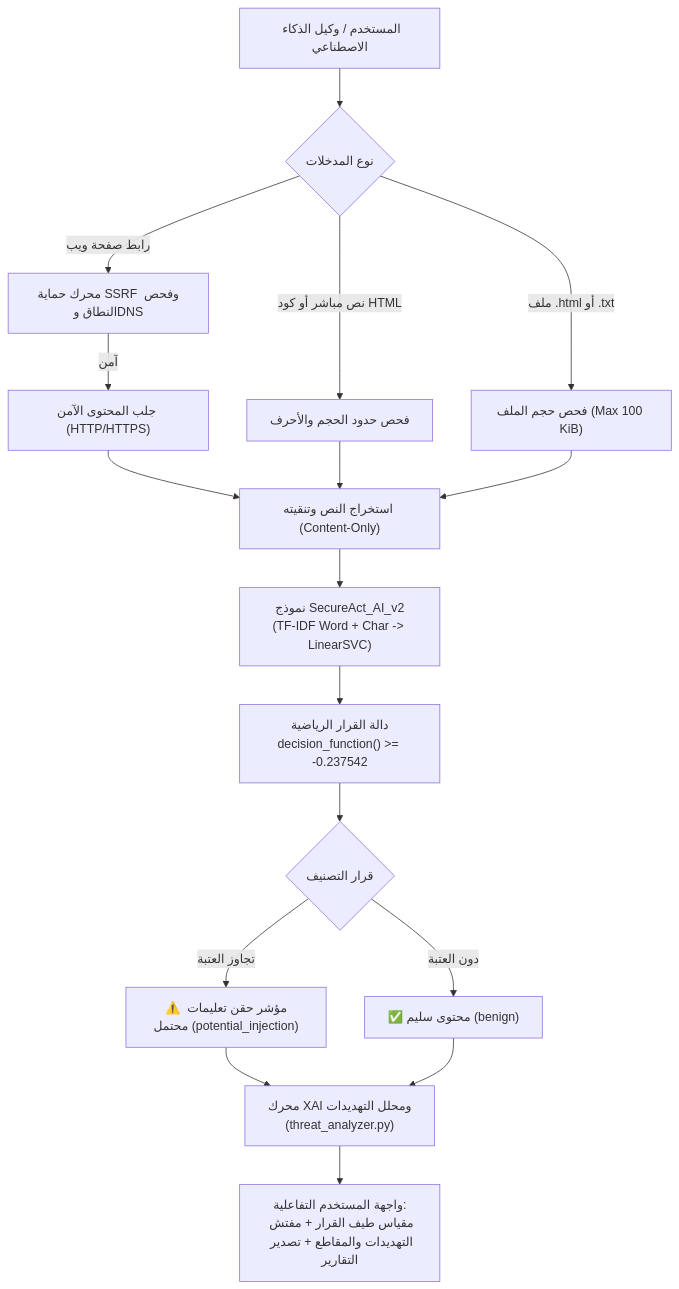
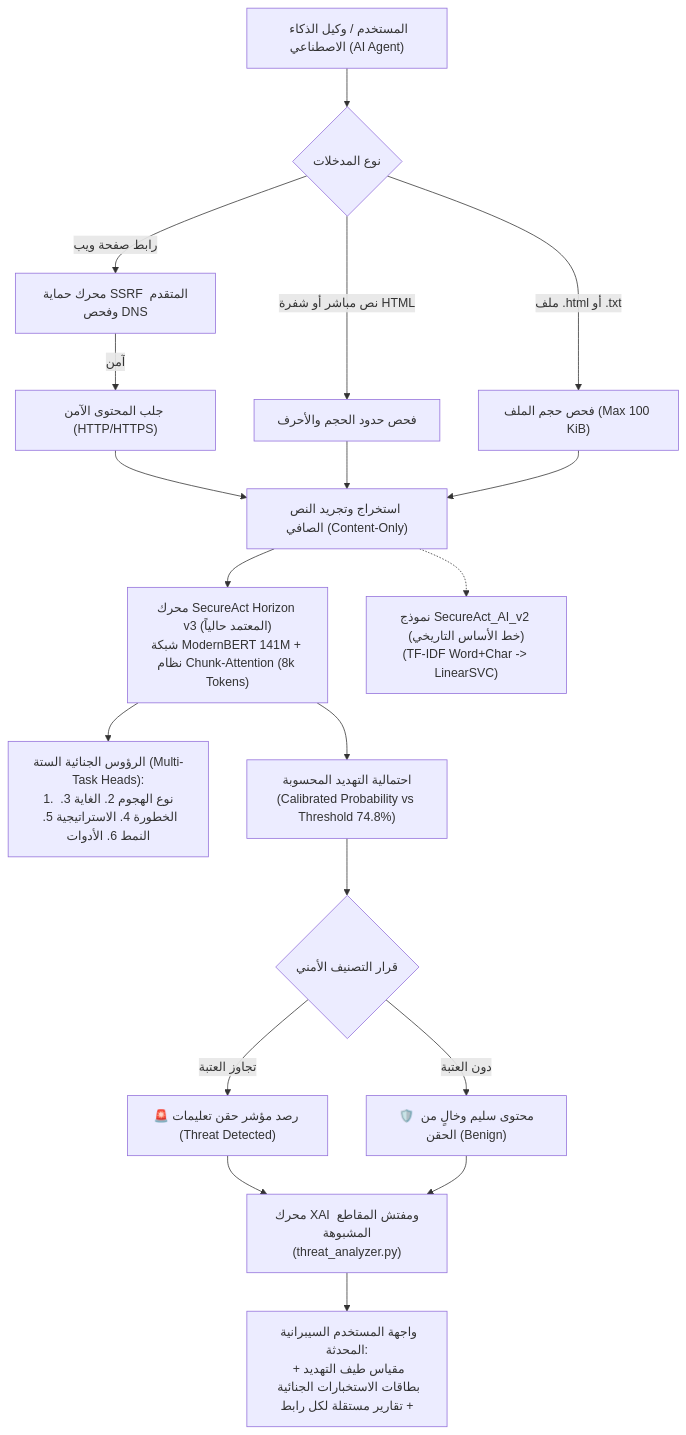
Before and after one commit to Mazenalodini/SecureAct-AI-Platform: the diagram in README.md, drawn with Mermaid. The commit also changed other lines of this file and 4 other files, not shown here.

````diff
--- a/README.md
+++ b/README.md
@@ -23,19 +25,21 @@
 ```mermaid
 flowchart TD
-    User["المستخدم / وكيل الذكاء الاصطناعي"] --> In{"نوع المدخلات"}
-    In -- "رابط صفحة ويب" --> SSRF["محرك حماية SSRF وفحص النطاق وDNS"]
+    User["المستخدم / وكيل الذكاء الاصطناعي (AI Agent)"] --> In{"نوع المدخلات"}
+    In -- "رابط صفحة ويب" --> SSRF["محرك حماية SSRF المتقدم وفحص DNS"]
     SSRF -- "آمن" --> Fetcher["جلب المحتوى الآمن (HTTP/HTTPS)"]
-    In -- "نص مباشر أو كود HTML" --> Bounds["فحص حدود الحجم والأحرف"]
+    In -- "نص مباشر أو شفرة HTML" --> Bounds["فحص حدود الحجم والأحرف"]
     In -- "ملف .html أو .txt" --> FileCheck["فحص حجم الملف (Max 100 KiB)"]
-    Fetcher --> Extractor["استخراج النص وتنقيته (Content-Only)"]
+    Fetcher --> Extractor["استخراج وتجريد النص الصافي (Content-Only)"]
     Bounds --> Extractor
     FileCheck --> Extractor
-    Extractor --> Model["نموذج SecureAct_AI_v2\n(TF-IDF Word + Char -> LinearSVC)"]
-    Model --> Decision["دالة القرار الرياضية\ndecision_function() >= -0.237542"]
-    Decision --> Verdict{"قرار التصنيف"}
-    Verdict -- "تجاوز العتبة" --> Flag["⚠️ مؤشر حقن تعليمات محتمل (potential_injection)"]
-    Verdict -- "دون العتبة" --> Clear["✅ محتوى سليم (benign)"]
-    Flag --> Analyzer["محرك XAI ومحلل التهديدات\n(threat_analyzer.py)"]
+    Extractor --> Horizon["محرك SecureAct Horizon v3 (المعتمد حالياً)\nشبكة ModernBERT 141M + نظام Chunk-Attention (8k Tokens)"]
+    Extractor -.-> Baseline["نموذج SecureAct_AI_v2 (خط الأساس التاريخي)\n(TF-IDF Word+Char -> LinearSVC)"]
+    Horizon --> Forensic["الرؤوس الجنائية الستة (Multi-Task Heads):\n1. نوع الهجوم 2. الغاية 3. الخطورة 4. الاستراتيجية 5. النمط 6. الأدوات"]
+    Horizon --> Prob["احتمالية التهديد المحسوبة\n(Calibrated Probability vs Threshold 74.8%)"]
+    Prob --> Verdict{"قرار التصنيف الأمني"}
+    Verdict -- "تجاوز العتبة" --> Flag["🚨 رصد مؤشر حقن تعليمات (Threat Detected)"]
+    Verdict -- "دون العتبة" --> Clear["🛡️ محتوى سليم وخالٍ من الحقن (Benign)"]
+    Flag --> Analyzer["محرك XAI ومفتش المقاطع المشبوهة\n(threat_analyzer.py)"]
     Clear --> Analyzer
-    Analyzer --> UI["واجهة المستخدم التفاعلية:\nمقياس طيف القرار + مفتش التهديدات والمقاطع + تصدير التقارير"]
+    Analyzer --> UI["واجهة المستخدم السيبرانية المحدثة:\nمقياس طيف التهديد + بطاقات الاستخبارات الجنائية + تقارير مستقلة لكل رابط"]
 ```
````
